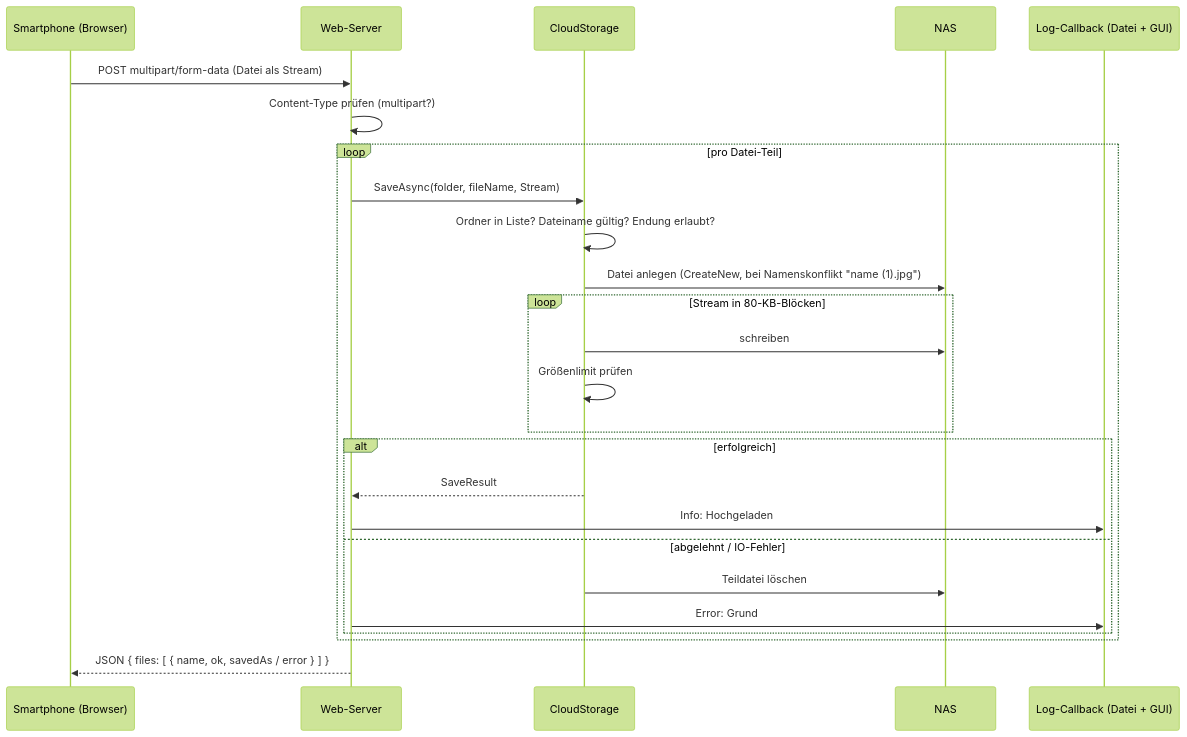
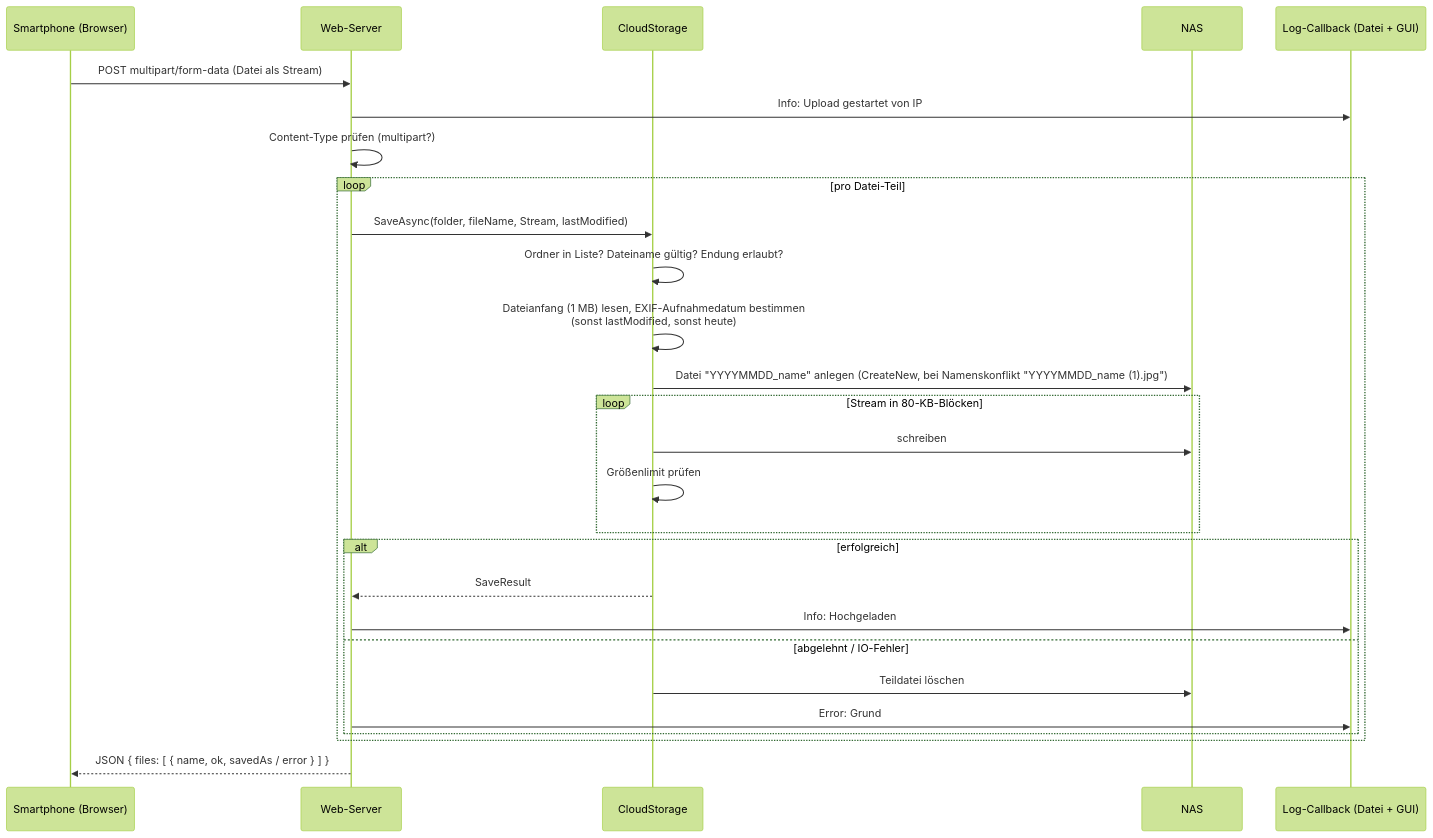
The second of 3 diagrams in documentation/web-server-ereignisse.md (joehubi/photocloud), drawn with Mermaid (forest theme) before and after one commit. The commit also changed other lines of this file and 2 other files, not shown here.

````diff
--- a/documentation/web-server-ereignisse.md
+++ b/documentation/web-server-ereignisse.md
@@ -33,28 +33,30 @@
 ```mermaid
 sequenceDiagram
     participant P as Smartphone (Browser)
     participant S as Web-Server
     participant C as CloudStorage
     participant N as NAS
     participant L as Log-Callback (Datei + GUI)
 
     P->>S: POST multipart/form-data (Datei als Stream)
+    S->>L: Info: Upload gestartet von IP
     S->>S: Content-Type prüfen (multipart?)
     loop pro Datei-Teil
-        S->>C: SaveAsync(folder, fileName, Stream)
+        S->>C: SaveAsync(folder, fileName, Stream, lastModified)
         C->>C: Ordner in Liste? Dateiname gültig? Endung erlaubt?
-        C->>N: Datei anlegen (CreateNew, bei Namenskonflikt "name (1).jpg")
+        C->>C: Dateianfang (1 MB) lesen, EXIF-Aufnahmedatum bestimmen<br/>(sonst lastModified, sonst heute)
+        C->>N: Datei "YYYYMMDD_name" anlegen (CreateNew, bei Namenskonflikt "YYYYMMDD_name (1).jpg")
         loop Stream in 80-KB-Blöcken
             C->>N: schreiben
             C->>C: Größenlimit prüfen
         end
         alt erfolgreich
             C-->>S: SaveResult
             S->>L: Info: Hochgeladen
         else abgelehnt / IO-Fehler
             C->>N: Teildatei löschen
             S->>L: Error: Grund
         end
     end
     S-->>P: JSON { files: [ { name, ok, savedAs / error } ] }
 ```
````
